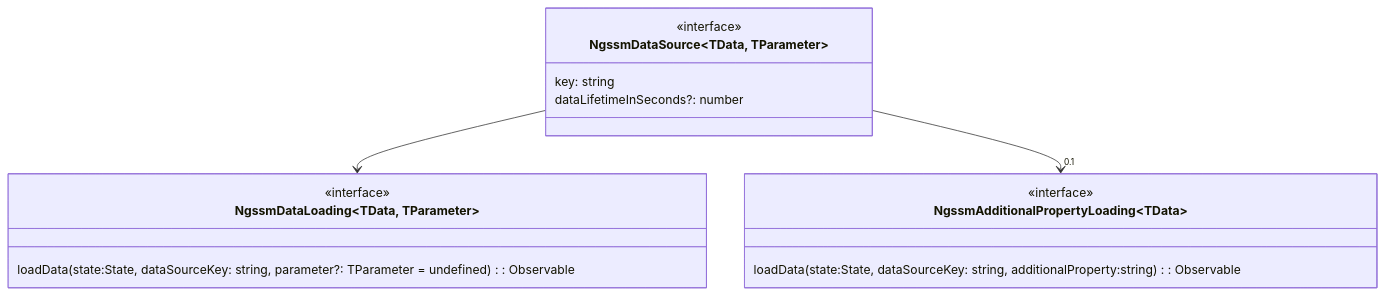
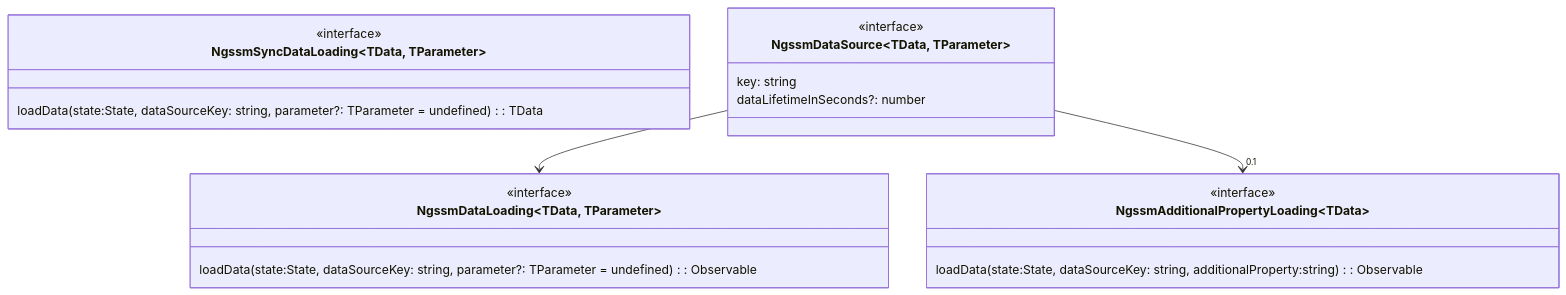
One commit to LionMarc/ng-simple-state-management changed the first of 2 diagrams in docs/libraries/ngssm-data.md. Above: the diagram before and after it, drawn with Mermaid. The commit also changed other lines of this file and 11 other files, not shown here.

First line of the commit message:
[data] Keep data loaders Observable-based and add a sync loader (#604)

````diff
--- a/docs/libraries/ngssm-data.md
+++ b/docs/libraries/ngssm-data.md
@@ -29,21 +29,26 @@
 ```mermaid
 classDiagram
     class NgssmDataLoading~TData, TParameter~{
         <<interface>>
         loadData(state:State, dataSourceKey: string, parameter?: TParameter = undefined): Observable<TData>
+    }
+
+    class NgssmSyncDataLoading~TData, TParameter~{
+        <<interface>>
+        loadData(state:State, dataSourceKey: string, parameter?: TParameter = undefined): TData
     }
 
     class NgssmAdditionalPropertyLoading~TData~{
         <<interface>>
         loadData(state:State, dataSourceKey: string, additionalProperty:string): Observable<TData>
     }
 
     class NgssmDataSource~TData, TParameter~{
         <<interface>>
         key: string
         dataLifetimeInSeconds?: number
     }
 
     NgssmDataSource --> NgssmDataLoading
     NgssmDataSource --> "0,1" NgssmAdditionalPropertyLoading
 ```
````
